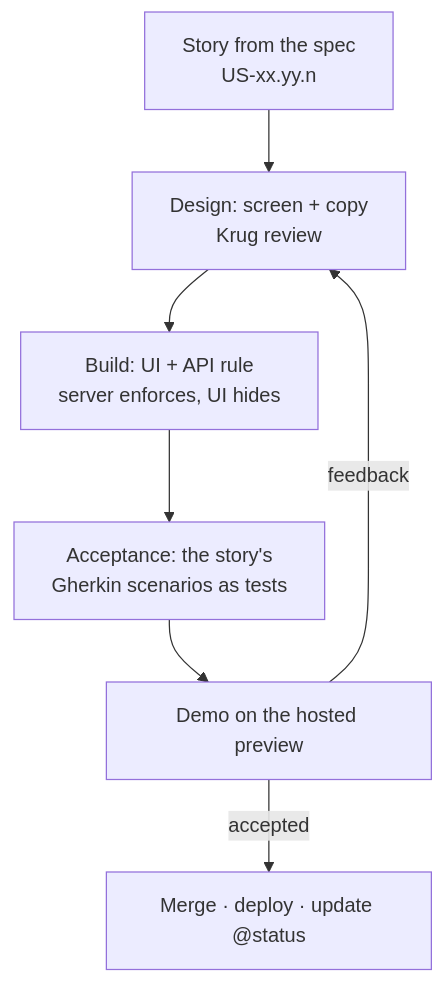
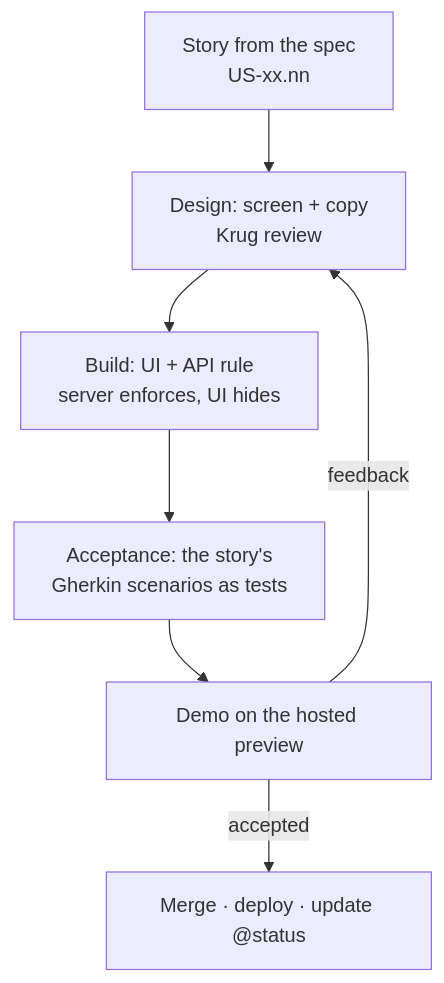
One commit to grzegorzwenc/UCP-next changed the second of 2 diagrams in docs/spec/ROADMAP.md. Above: the diagram before and after it, drawn with Mermaid. The commit also changed 38 other files, not shown here.

````diff
--- a/docs/spec/ROADMAP.md
+++ b/docs/spec/ROADMAP.md
@@ -66,9 +66,9 @@
 ```mermaid
 flowchart TD
-  S[Story from the spec<br/>US-xx.yy.n] --> D[Design: screen + copy<br/>Krug review]
+  S[Story from the spec<br/>US-xx.nn] --> D[Design: screen + copy<br/>Krug review]
   D --> I[Build: UI + API rule<br/>server enforces, UI hides]
   I --> T[Acceptance: the story's<br/>Gherkin scenarios as tests]
   T --> R[Demo on the hosted preview]
   R -->|feedback| D
   R -->|accepted| M[Merge · deploy · update @status]
 ```
````
